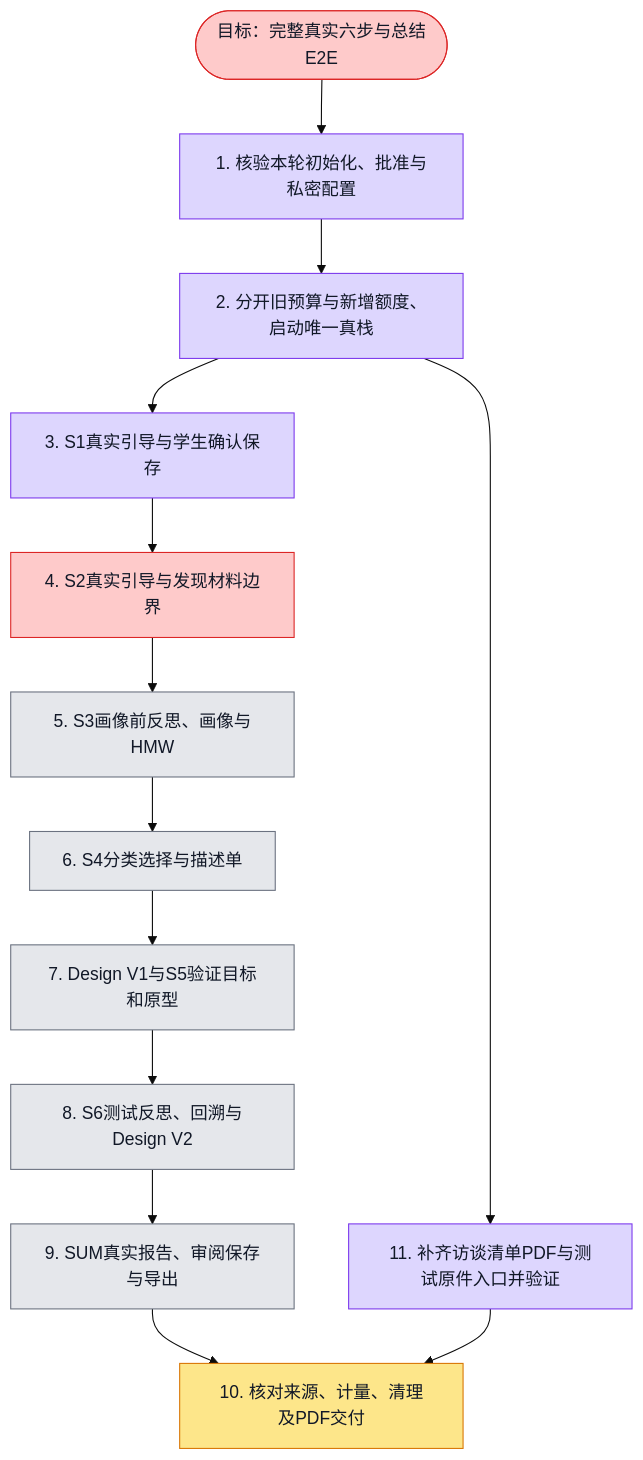
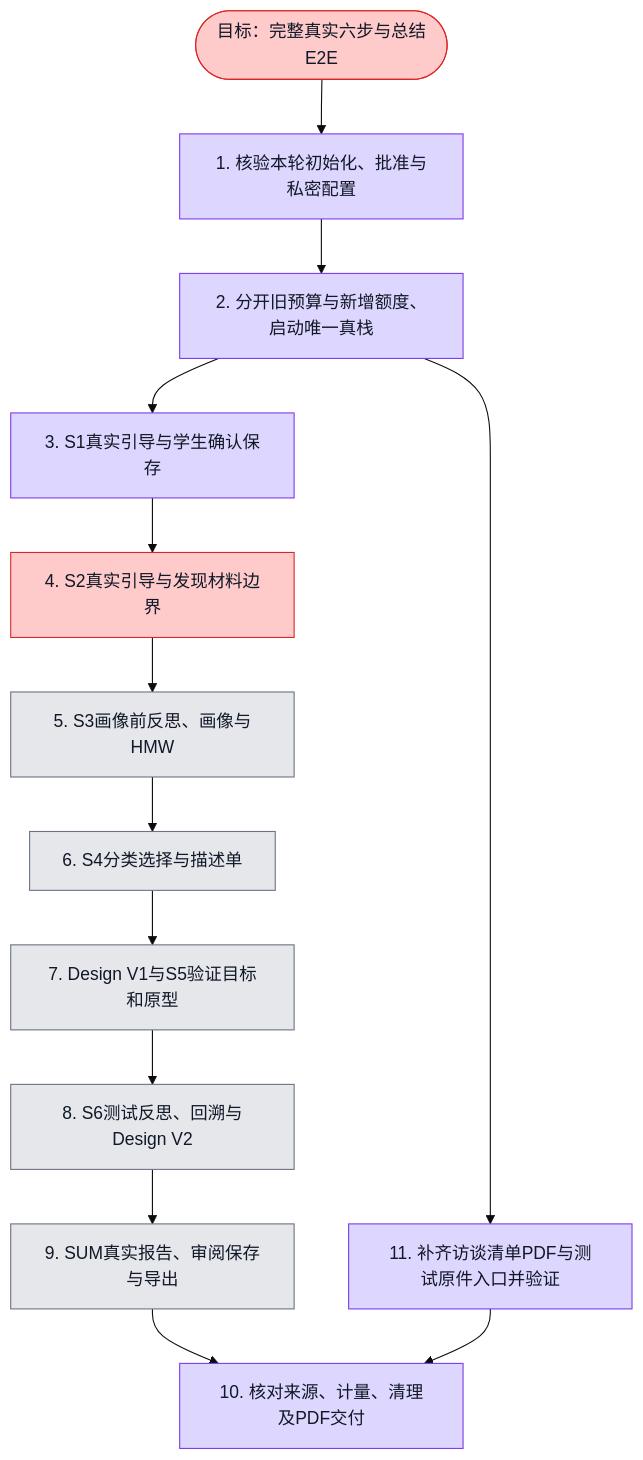
The diagram in docs/evidence/aidt-native/real-model-completion-20261116/execution.plan.md (boardx/workspacex), drawn with Mermaid (base theme) before and after one commit. The commit also changed 4 other files, not shown here.

````diff
--- a/docs/evidence/aidt-native/real-model-completion-20261116/execution.plan.md
+++ b/docs/evidence/aidt-native/real-model-completion-20261116/execution.plan.md
@@ -17,43 +17,44 @@
 ```mermaid
 flowchart TD
   G([目标：完整真实六步与总结E2E])
   E[1. 核验本轮初始化、批准与私密配置]
   C[2. 分开旧预算与新增额度、启动唯一真栈]
   U1[3. S1真实引导与学生确认保存]
   U2[4. S2真实引导与发现材料边界]
   U3[5. S3画像前反思、画像与HMW]
   U4[6. S4分类选择与描述单]
   P[7. Design V1与S5验证目标和原型]
   U6[8. S6测试反思、回溯与Design V2]
   R[9. SUM真实报告、审阅保存与导出]
   V[10. 核对来源、计量、清理及PDF交付]
   F[11. 补齐访谈清单PDF与测试原件入口并验证]
 
   G --> E --> C --> U1 --> U2 --> U3 --> U4 --> P --> U6 --> R --> V
   C --> F --> V
 
   classDef todo fill:#e5e7eb,stroke:#6b7280,color:#111827
   classDef doing fill:#fde68a,stroke:#d97706,color:#111827
   classDef done fill:#bbf7d0,stroke:#16a34a,color:#111827
   classDef tested fill:#ddd6fe,stroke:#7c3aed,color:#111827
   classDef blocked fill:#fecaca,stroke:#dc2626,color:#111827
 
   class G blocked
   %% blocked G: S2真实旧任务取消且已计费；canonical修复、零模型恢复与补测源代码完成，新一次S2额度仍待用户授权；后续5次原生与2次Design未运行
   class E tested
   %% evidence E: 本轮用户批准新增S1一次与Design两任务；init日志/tmp/aidt-paid-init-20261116.log实际exit0；旧预算hash未变
   class C tested
   %% evidence C: A5追加私有QA canonical不可变版本428d072b，A1独立15组数据/旧版本/旧消息/快照/权限/账目与两预算hash全不变；默认指针换新，所有执行器0，新Web健康。此非普通发布API或修复后教学通过。
   class U1 tested
   %% evidence U1: 真实Playwright S1 attempt02 1passed18.7s；run68880459-6de1-43a8-a909-0a969f03a7a8实际message-dispatch-observed，学生重写/保存与freshlogin；attempt01仅grep0测试失败保留
   class U2 blocked
   %% blocked U2: 真实S2已消费1请求，被测试夹具echo基础指令误导，已取消并保留费用；不修改旧run/账本，修fixture后重验需单独新增S2额度。后续原5额度未动。
   class U3 todo
   class U4 todo
   class P todo
   class U6 todo
   class R todo
-  class V doing
+  class V tested
+  %% evidence V: 唯一检查点实际恢复及正常GET通过后清理；源码ZIP v6/PDF v5同身份保存成功，27页中文字体/空页/越界检查及Library首页/末页回读通过；全部失败保留，完整模型链仍U2阻塞
   class F tested
   %% evidence F: ec5ff2e9d新构建真实Playwright两场2passed10.1s：采纳清单实际PDF字节/文字/字体/视觉，新S6真实TXT与PNG上传回读、保存重登、同org非成员与错project404；A4相关52单测及全WebTS0。
 ```
````
